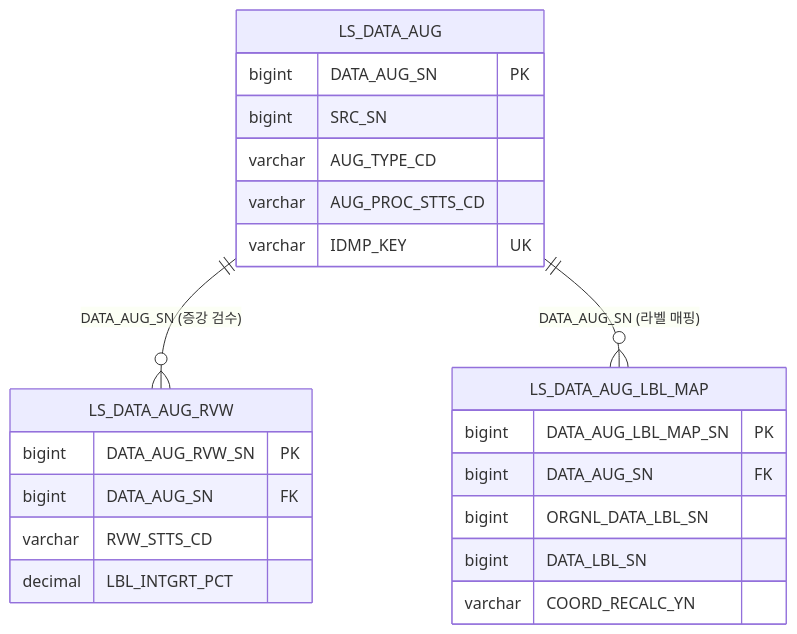
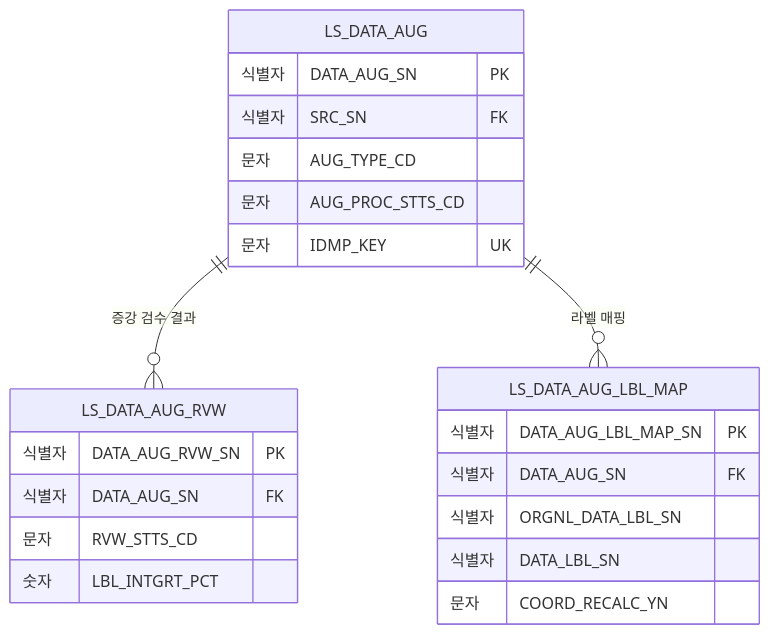
The fourth of 13 diagrams in docs/design/D8-엔티티관계모형설계서.md (New-stella/klid-label), drawn with Mermaid before and after one commit. The commit also changed other lines of this file and 32 other files, not shown here.

````diff
--- a/docs/design/D8-엔티티관계모형설계서.md
+++ b/docs/design/D8-엔티티관계모형설계서.md
@@ -165,25 +171,25 @@
 ```mermaid
 erDiagram
-    LS_DATA_AUG ||--o{ LS_DATA_AUG_RVW : "DATA_AUG_SN (증강 검수)"
-    LS_DATA_AUG ||--o{ LS_DATA_AUG_LBL_MAP : "DATA_AUG_SN (라벨 매핑)"
+    LS_DATA_AUG ||--o{ LS_DATA_AUG_RVW : "증강 검수 결과"
+    LS_DATA_AUG ||--o{ LS_DATA_AUG_LBL_MAP : "라벨 매핑"
     LS_DATA_AUG {
-        bigint DATA_AUG_SN PK
-        bigint SRC_SN
-        varchar AUG_TYPE_CD
-        varchar AUG_PROC_STTS_CD
-        varchar IDMP_KEY UK
+        식별자 DATA_AUG_SN PK
+        식별자 SRC_SN FK
+        문자 AUG_TYPE_CD
+        문자 AUG_PROC_STTS_CD
+        문자 IDMP_KEY UK
     }
     LS_DATA_AUG_RVW {
-        bigint DATA_AUG_RVW_SN PK
-        bigint DATA_AUG_SN FK
-        varchar RVW_STTS_CD
-        decimal LBL_INTGRT_PCT
+        식별자 DATA_AUG_RVW_SN PK
+        식별자 DATA_AUG_SN FK
+        문자 RVW_STTS_CD
+        숫자 LBL_INTGRT_PCT
     }
     LS_DATA_AUG_LBL_MAP {
-        bigint DATA_AUG_LBL_MAP_SN PK
-        bigint DATA_AUG_SN FK
-        bigint ORGNL_DATA_LBL_SN
-        bigint DATA_LBL_SN
-        varchar COORD_RECALC_YN
+        식별자 DATA_AUG_LBL_MAP_SN PK
+        식별자 DATA_AUG_SN FK
+        식별자 ORGNL_DATA_LBL_SN
+        식별자 DATA_LBL_SN
+        문자 COORD_RECALC_YN
     }
 ```
````
